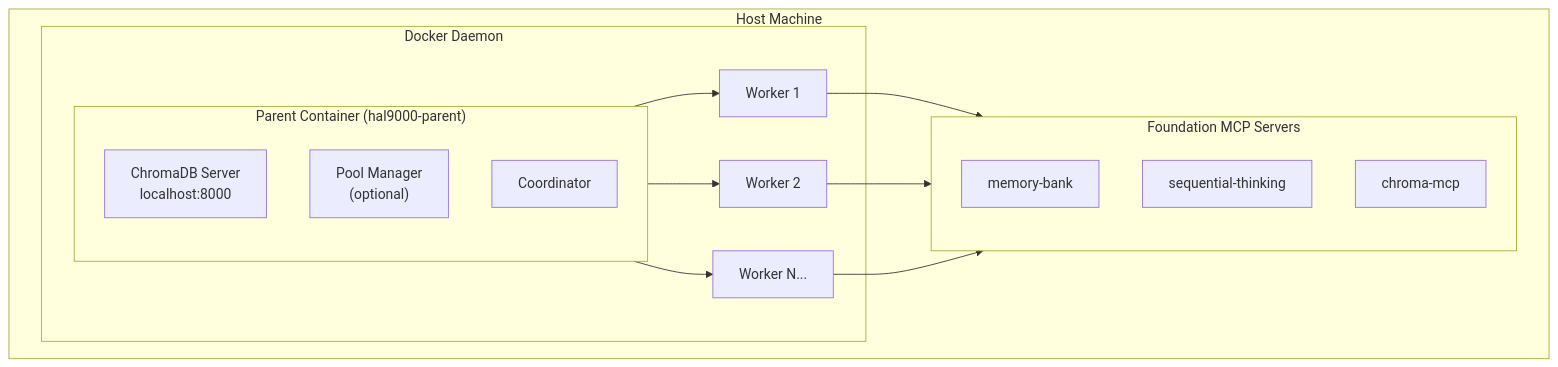
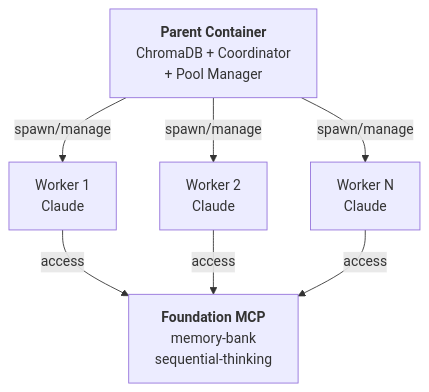
One commit to Hellblazer/hal-9000 changed the first of 5 diagrams in plugins/hal-9000/docs/dind/ARCHITECTURE.md. Above: the diagram before and after it, drawn with Mermaid. The commit also changed other lines of this file and 4 other files, not shown here.

First line of the commit message:
docs: Redesign all mermaid diagrams for clarity and clean rendering

````diff
--- a/plugins/hal-9000/docs/dind/ARCHITECTURE.md
+++ b/plugins/hal-9000/docs/dind/ARCHITECTURE.md
@@ -14,29 +14,18 @@
 ```mermaid
 graph TB
-    subgraph Host["Host Machine"]
-        subgraph Docker["Docker Daemon"]
-            subgraph Parent["Parent Container (hal9000-parent)"]
-                ChromaDB["ChromaDB Server<br/>localhost:8000"]
-                Pool["Pool Manager<br/>(optional)"]
-                Coord["Coordinator"]
-            end
+    Parent["<b>Parent Container</b><br/>ChromaDB + Coordinator<br/>+ Pool Manager"]
 
-            W1["Worker 1"]
-            W2["Worker 2"]
-            W3["Worker N..."]
-        end
+    W1["Worker 1<br/>Claude"]
+    W2["Worker 2<br/>Claude"]
+    W3["Worker N<br/>Claude"]
 
-        subgraph MCP["Foundation MCP Servers"]
-            MB["memory-bank"]
-            ST["sequential-thinking"]
-            CM["chroma-mcp"]
-        end
-    end
+    MCP["<b>Foundation MCP</b><br/>memory-bank<br/>sequential-thinking"]
 
-    Parent --> W1
-    Parent --> W2
-    Parent --> W3
-    W1 --> MCP
-    W2 --> MCP
-    W3 --> MCP
+    Parent -->|spawn/manage| W1
+    Parent -->|spawn/manage| W2
+    Parent -->|spawn/manage| W3
+
+    W1 -->|access| MCP
+    W2 -->|access| MCP
+    W3 -->|access| MCP
 ```
````
